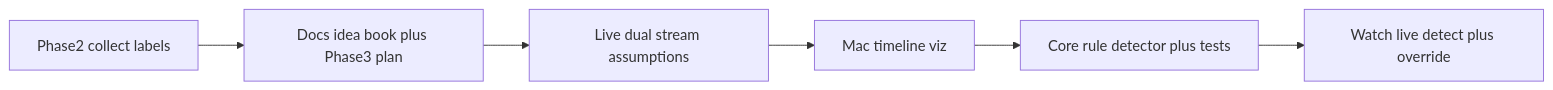
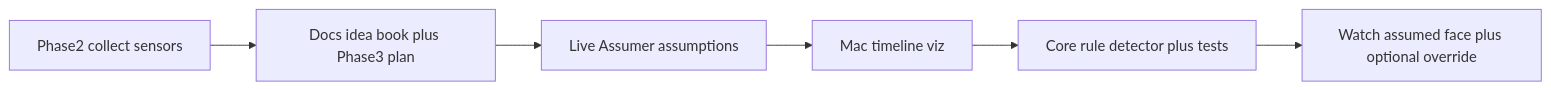
Before and after one commit to DCSBL/rppl: the diagram in Docs/Phase3.md, drawn with Mermaid. The commit also changed other lines of this file and 21 other files, not shown here.

````diff
--- a/Docs/Phase3.md
+++ b/Docs/Phase3.md
@@ -52,14 +51,14 @@
 ```mermaid
 flowchart LR
-  collect[Phase2 collect labels]
-  dual[Live dual stream assumptions]
+  collect[Phase2 collect sensors]
+  assume[Live Assumer assumptions]
   docs[Docs idea book plus Phase3 plan]
   viz[Mac timeline viz]
   core[Core rule detector plus tests]
-  live[Watch live detect plus override]
+  live[Watch assumed face plus optional override]
   collect --> docs
-  docs --> dual
-  dual --> viz
+  docs --> assume
+  assume --> viz
   viz --> core
   core --> live
 ```
````
